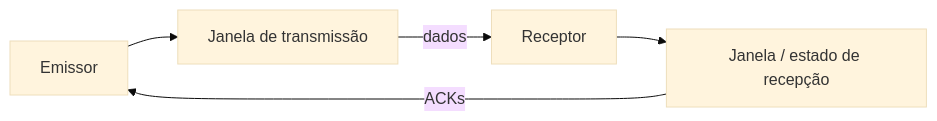
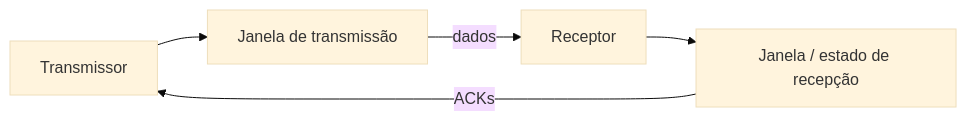
One commit to jurandysoares/janelas-deslizantes changed the diagram in docs/9-janela-do-emissor-e-janela-do-receptor.md. Above: the diagram before and after it, drawn with Mermaid (base theme). The commit also changed other lines of this file and 16 other files, not shown here.

````diff
--- a/docs/9-janela-do-emissor-e-janela-do-receptor.md
+++ b/docs/9-janela-do-emissor-e-janela-do-receptor.md
@@ -17,7 +17,7 @@
 ```mermaid
 flowchart LR
-    E["Emissor"] --> W["Janela de transmissão"]
+    E["Transmissor"] --> W["Janela de transmissão"]
     W -->|dados| R["Receptor"]
     R --> B["Janela / estado de recepção"]
     B -->|ACKs| E
 ```
````
